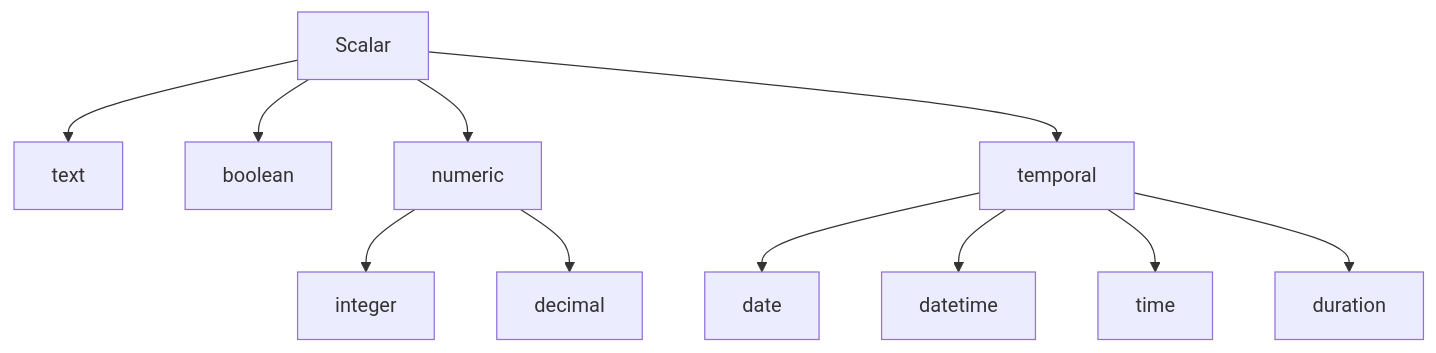
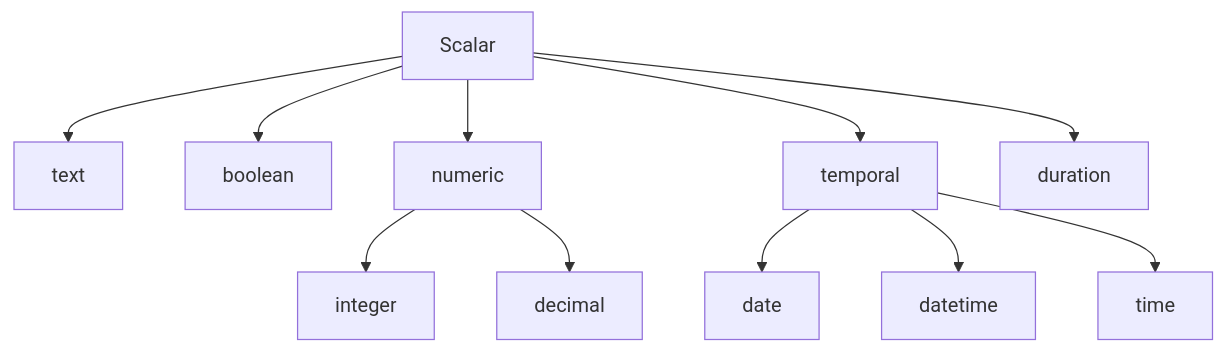
One commit to Seddryck/Expressif changed the first of 3 diagrams in docs/language/values-and-types.md. Above: the diagram before and after it, drawn with Mermaid. The commit also changed other lines of this file and 13 other files, not shown here.

````diff
--- a/docs/language/values-and-types.md
+++ b/docs/language/values-and-types.md
@@ -36,13 +36,13 @@
 ```mermaid
 flowchart TD
     A[Scalar] --> B[text]
     A --> C[boolean]
     A --> D[numeric]
     D --> E[integer]
     D --> F[decimal]
     A --> G[temporal]
     G --> H[date]
     G --> I[datetime]
     G --> J[time]
-    G --> K[duration]
+    A --> K[duration]
 ```
````
